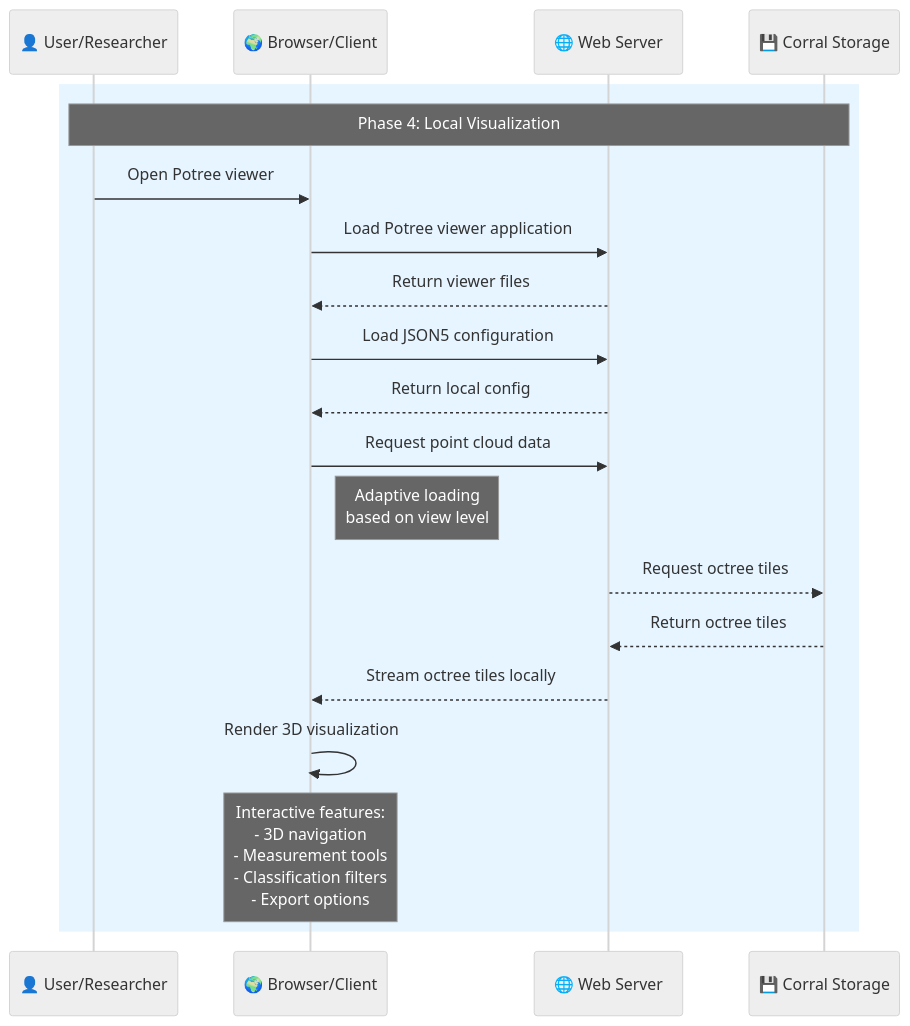
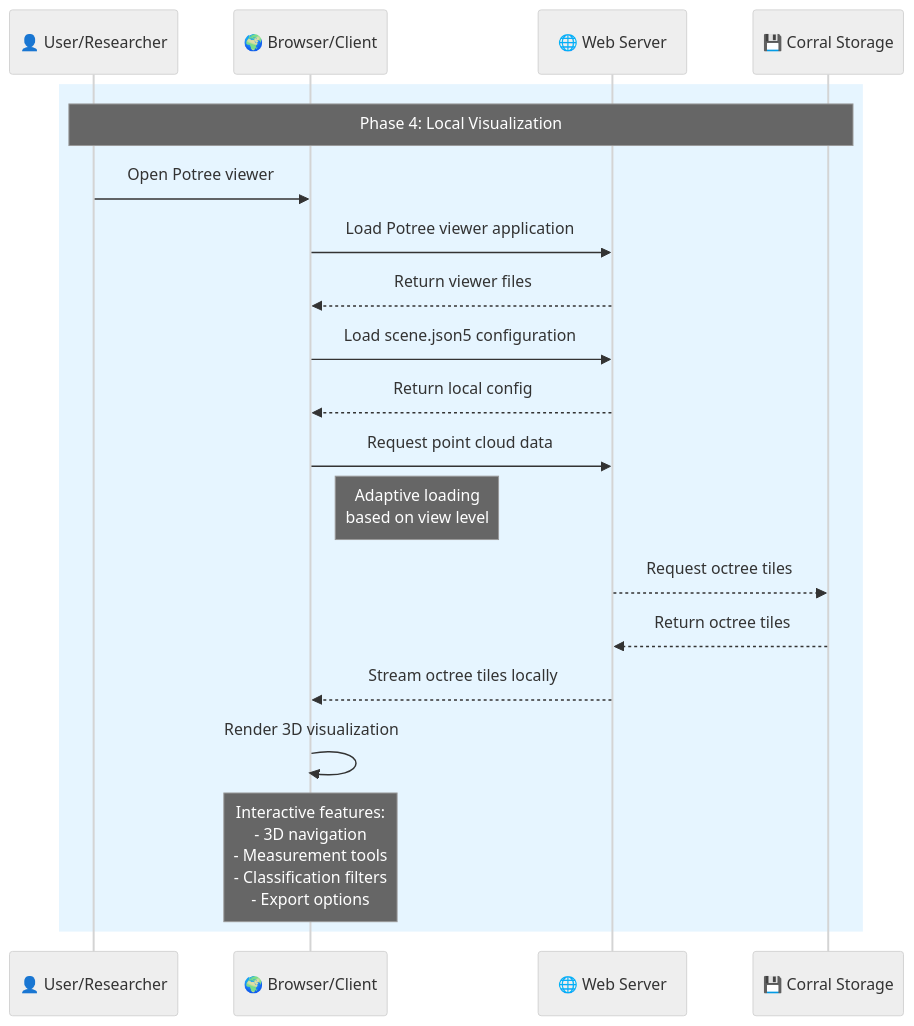
The fourth of 5 diagrams in README-pipeline.md (In-For-Disaster-Analytics/potree), drawn with Mermaid before and after one commit. The commit also changed other lines of this file, not shown here.

Commit message:
Update README-pipeline.md to reflect changes in scene.json5 configuration references

````diff
--- a/README-pipeline.md
+++ b/README-pipeline.md
@@ -271,30 +271,30 @@
 ```mermaid
 %%{ init : { "theme" : "neutral", "themeVariables" : { "primaryColor" : "#fff", "primaryTextColor" : "#000", "primaryBorderColor" : "#000", "lineColor" : "#000", "secondaryColor" : "#f8f8f8", "tertiaryColor" : "#f0f0f0" }}}%%
 sequenceDiagram
     participant User as 👤 User/Researcher
     participant Browser as 🌍 Browser/Client
     participant Target as 🌐 Web Server
     participant Corral as 💾 Corral Storage
 
     %% Visualization Phase
     rect rgb(230, 245, 255)
         Note over User,Corral: Phase 4: Local Visualization
         User->>Browser: Open Potree viewer
         Browser->>Target: Load Potree viewer application
         Target-->>Browser: Return viewer files
 
-        Browser->>Target: Load JSON5 configuration
+        Browser->>Target: Load scene.json5 configuration
         Target-->>Browser: Return local config
 
         Browser->>Target: Request point cloud data
 
         Note right of Browser: Adaptive loading<br/>based on view level
 
         Target-->>Corral: Request octree tiles
         Corral-->>Target: Return octree tiles
         Target-->>Browser: Stream octree tiles locally
         Browser->>Browser: Render 3D visualization
 
         Note over Browser: Interactive features:<br/>- 3D navigation<br/>- Measurement tools<br/>- Classification filters<br/>- Export options
     end
 ```
````
